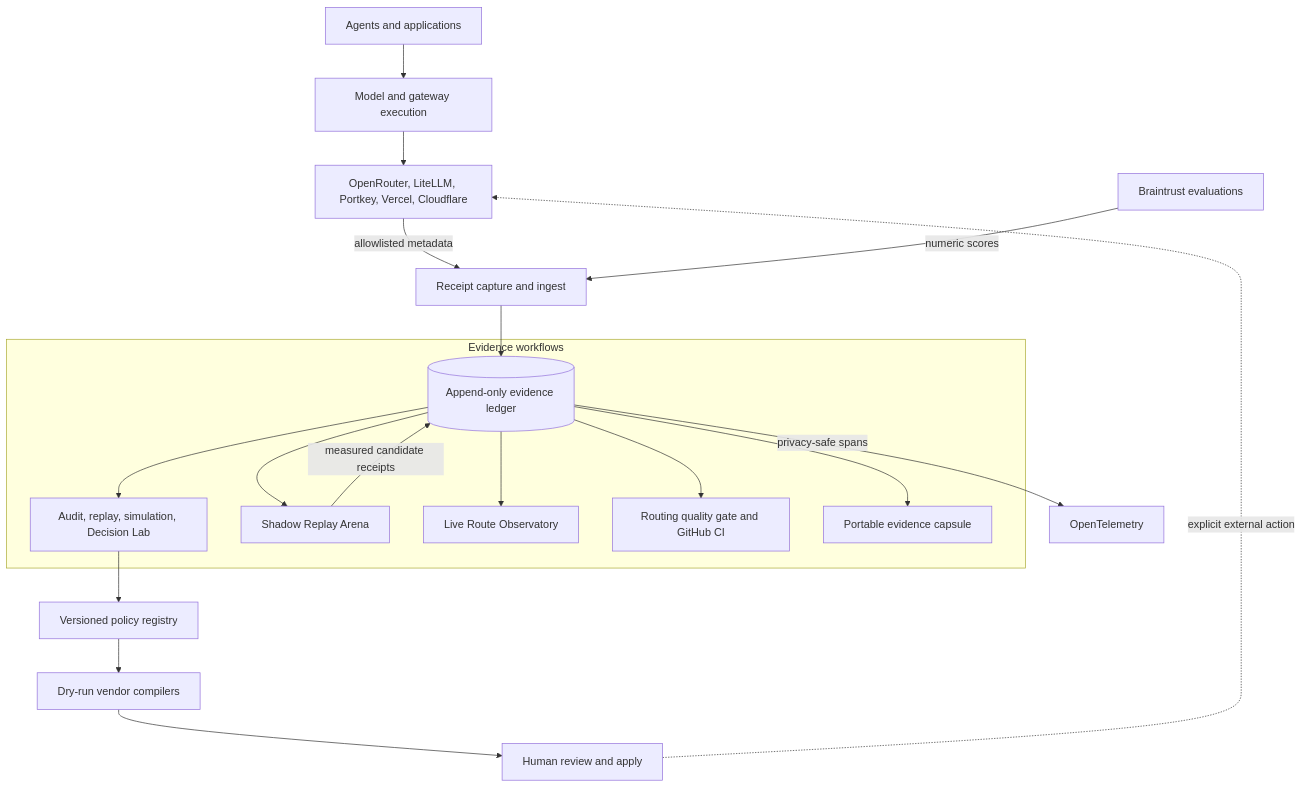
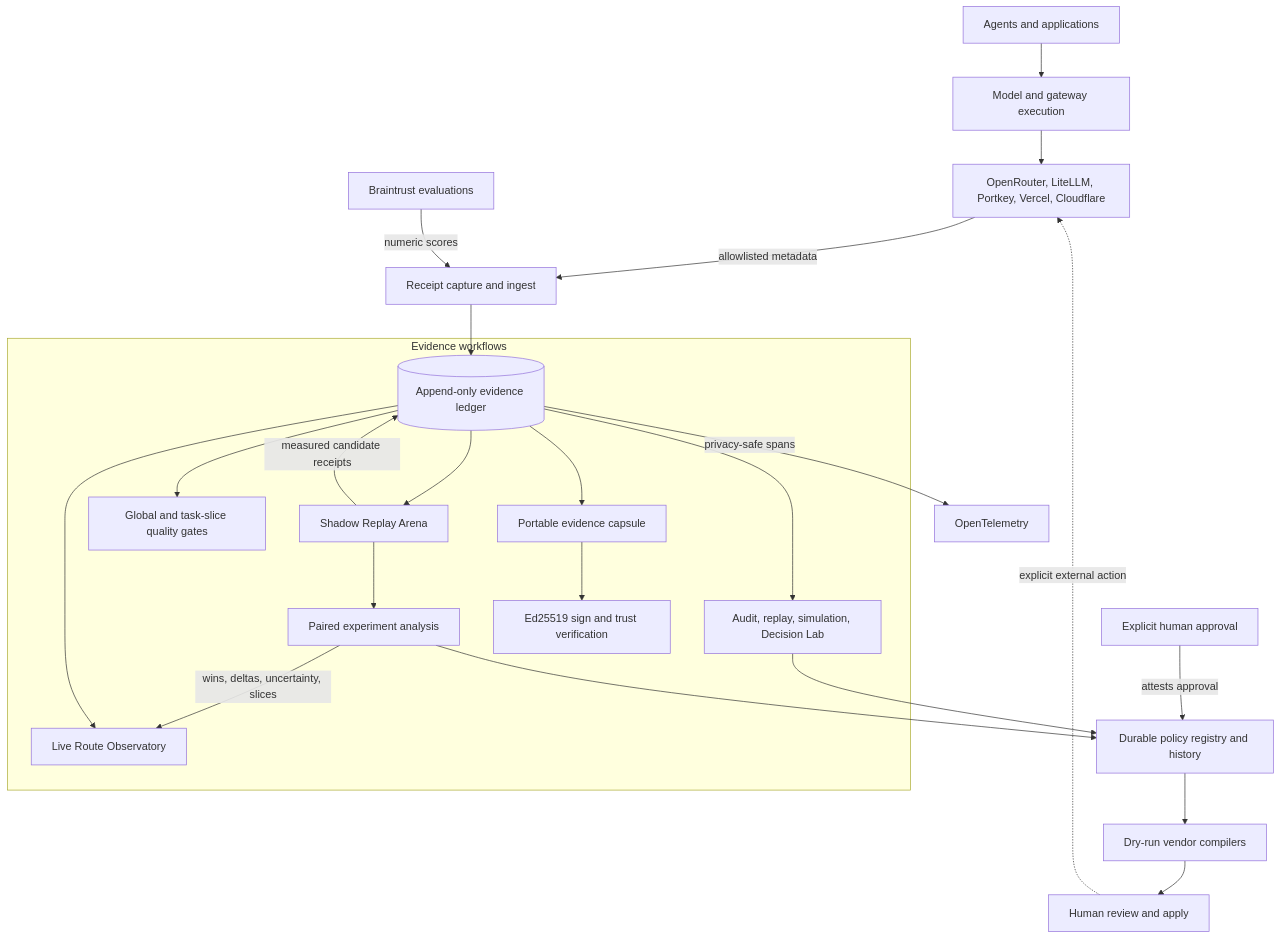
One commit to abhid1234/AgentRoute changed the diagram in diagrams/agentroute-integration-plane.mmd. Above: the diagram before and after it, drawn with Mermaid. The commit also changed 12 other files, not shown here.

```diff
--- a/diagrams/agentroute-integration-plane.mmd
+++ b/diagrams/agentroute-integration-plane.mmd
@@ -1,21 +1,26 @@
 flowchart TB
   APP[Agents and applications] --> EXEC[Model and gateway execution]
   EXEC --> SOURCES[OpenRouter, LiteLLM, Portkey, Vercel, Cloudflare]
   SOURCES -->|allowlisted metadata| CAPTURE[Receipt capture and ingest]
   BRAIN[Braintrust evaluations] -->|numeric scores| CAPTURE
   CAPTURE --> LEDGER[(Append-only evidence ledger)]
 
   subgraph evidence[Evidence workflows]
     LEDGER --> ANALYZE[Audit, replay, simulation, Decision Lab]
     LEDGER --> ARENA[Shadow Replay Arena]
     ARENA -->|measured candidate receipts| LEDGER
-    LEDGER --> OBS[Live Route Observatory]
-    LEDGER --> GATE[Routing quality gate and GitHub CI]
+    ARENA --> EXPERIMENT[Paired experiment analysis]
+    EXPERIMENT -->|wins, deltas, uncertainty, slices| OBS[Live Route Observatory]
+    LEDGER --> OBS
+    LEDGER --> GATE[Global and task-slice quality gates]
     LEDGER --> CAPSULE[Portable evidence capsule]
+    CAPSULE --> SIGN[Ed25519 sign and trust verification]
   end
 
-  ANALYZE --> POLICY[Versioned policy registry]
+  ANALYZE --> POLICY[Durable policy registry and history]
+  EXPERIMENT --> POLICY
+  HUMAN[Explicit human approval] -->|attests approval| POLICY
   POLICY --> COMPILE[Dry-run vendor compilers]
   COMPILE --> REVIEW[Human review and apply]
   REVIEW -. explicit external action .-> SOURCES
   LEDGER -->|privacy-safe spans| OTEL[OpenTelemetry]
```
